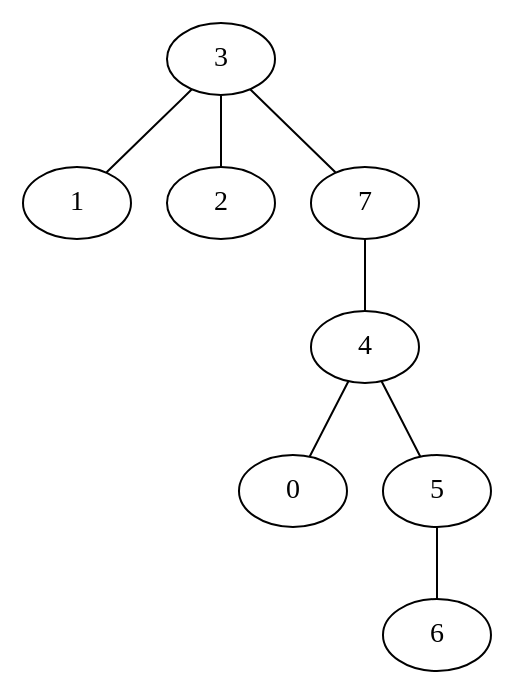
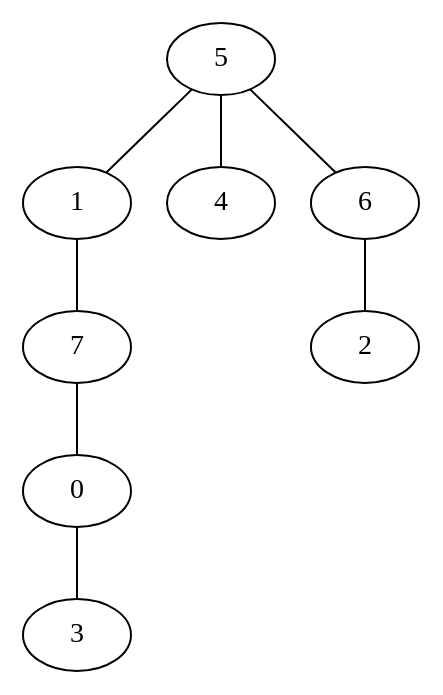
One commit to VillegasGG/greedy-firefighter-problem changed the diagram in experiments/pygrapghviz.dot. Above: the diagram before and after it, drawn with Graphviz. The commit also changed 5 other files, not shown here.

```diff
--- a/experiments/pygrapghviz.dot
+++ b/experiments/pygrapghviz.dot
@@ -1,9 +1,9 @@
 strict graph "" {
-	3 -- 1;
-	3 -- 2;
-	3 -- 7;
-	7 -- 4;
-	4 -- 0;
-	4 -- 5;
+	5 -- 1;
+	5 -- 4;
 	5 -- 6;
+	1 -- 7;
+	6 -- 2;
+	7 -- 0;
+	0 -- 3;
 }
```
